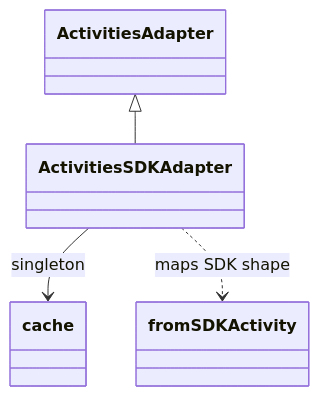
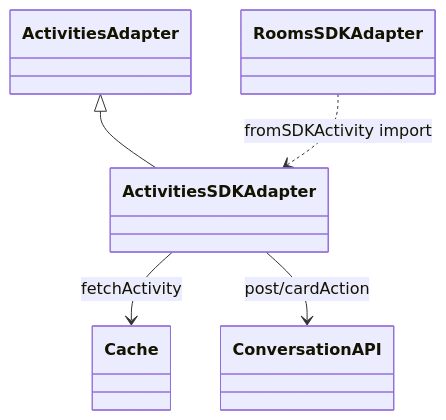
One commit to webex/sdk-component-adapter changed the fifth of 5 diagrams in src/ai-docs/activities-sdk-adapter-spec.md. Above: the diagram before and after it, drawn with Mermaid. The commit also changed other lines of this file and 13 other files, not shown here.

````diff
--- a/src/ai-docs/activities-sdk-adapter-spec.md
+++ b/src/ai-docs/activities-sdk-adapter-spec.md
@@ -153,6 +199,7 @@
 ```mermaid
 classDiagram
   ActivitiesAdapter <|-- ActivitiesSDKAdapter
-  ActivitiesSDKAdapter --> cache : singleton
-  ActivitiesSDKAdapter ..> fromSDKActivity : maps SDK shape
+  ActivitiesSDKAdapter --> Cache : fetchActivity
+  ActivitiesSDKAdapter --> ConversationAPI : post/cardAction
+  RoomsSDKAdapter ..> ActivitiesSDKAdapter : fromSDKActivity import
 ```
````
